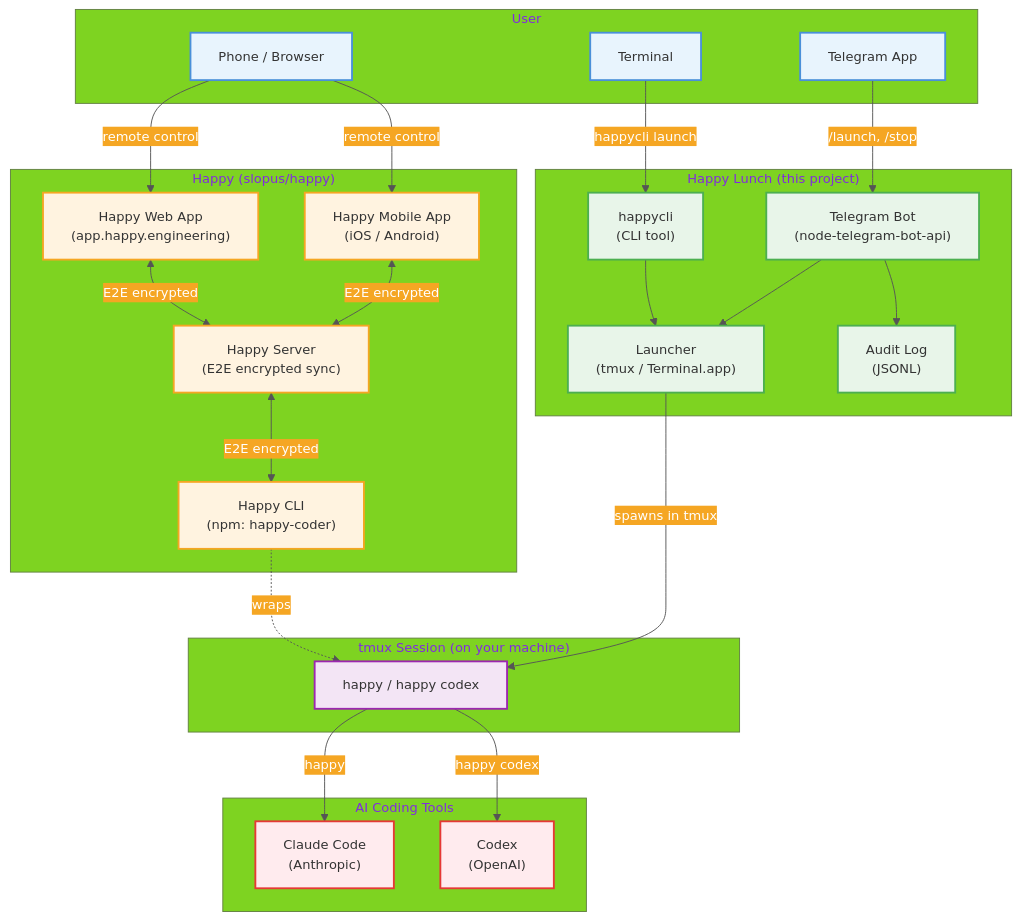
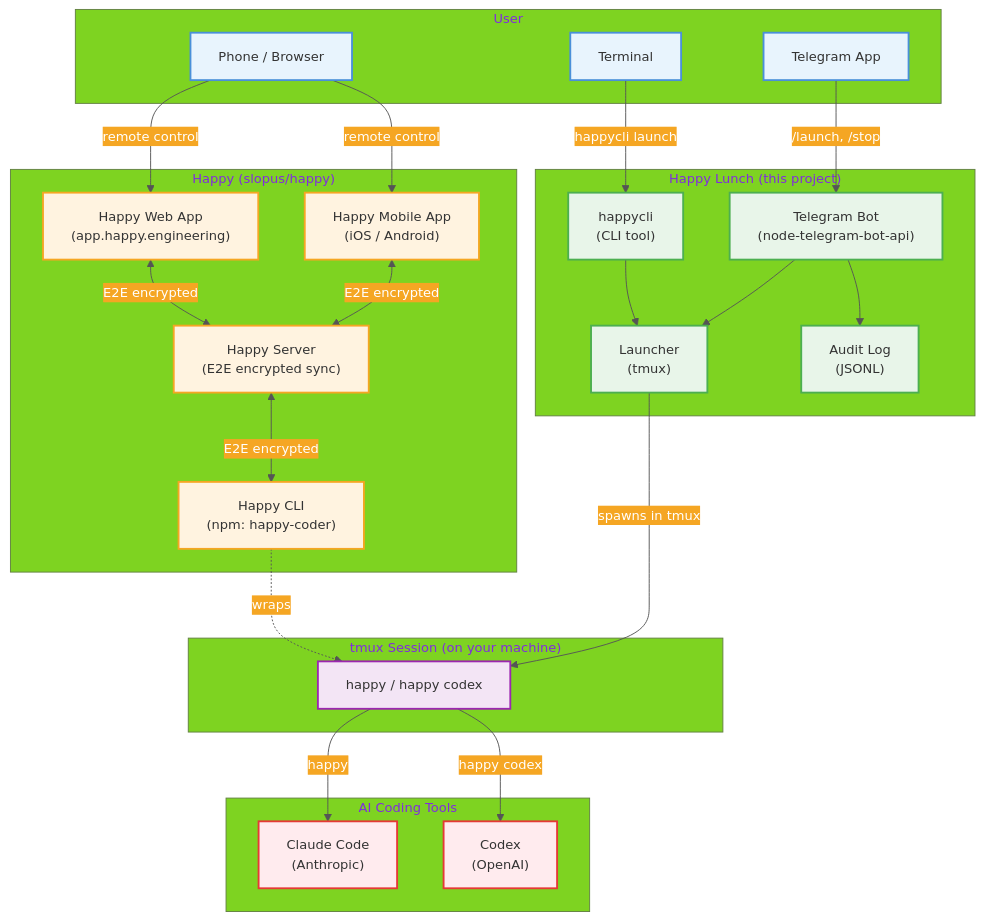
The diagram in assets/architecture.mmd (luongnv89/happy-lunch), drawn with Mermaid before and after one commit. The commit also changed 6 other files, not shown here.

First line of the commit message:
refactor: simplify launcher to always use tmux, add E2E tests

```diff
--- a/assets/architecture.mmd
+++ b/assets/architecture.mmd
@@ -1,70 +1,70 @@
 %%{init: {'theme': 'base', 'themeVariables': { 'primaryColor': '#4A90D9', 'primaryTextColor': '#fff', 'primaryBorderColor': '#2E6BA6', 'lineColor': '#555', 'secondaryColor': '#F5A623', 'tertiaryColor': '#7ED321', 'background': '#ffffff', 'fontSize': '14px'}}}%%
 
 graph TB
     subgraph USER["User"]
         PHONE["Phone / Browser"]
         TELEGRAM["Telegram App"]
         TERMINAL["Terminal"]
     end
 
     subgraph HAPPY_APP["Happy (slopus/happy)"]
         HAPPY_MOBILE["Happy Mobile App<br/>(iOS / Android)"]
         HAPPY_WEB["Happy Web App<br/>(app.happy.engineering)"]
         HAPPY_CLI["Happy CLI<br/>(npm: happy-coder)"]
         HAPPY_SERVER["Happy Server<br/>(E2E encrypted sync)"]
     end
 
     subgraph HAPPY_LUNCH["Happy Lunch (this project)"]
         BOT["Telegram Bot<br/>(node-telegram-bot-api)"]
         CLI["happycli<br/>(CLI tool)"]
-        LAUNCHER["Launcher<br/>(tmux / Terminal.app)"]
+        LAUNCHER["Launcher<br/>(tmux)"]
         AUDIT["Audit Log<br/>(JSONL)"]
     end
 
     subgraph SESSION["tmux Session (on your machine)"]
         HAPPY_PROC["happy / happy codex"]
     end
 
     subgraph AI_TOOLS["AI Coding Tools"]
         CLAUDE["Claude Code<br/>(Anthropic)"]
         CODEX["Codex<br/>(OpenAI)"]
     end
 
     %% User interactions
     PHONE -->|"remote control"| HAPPY_MOBILE
     PHONE -->|"remote control"| HAPPY_WEB
     TELEGRAM -->|"/launch, /stop"| BOT
     TERMINAL -->|"happycli launch"| CLI
 
     %% Happy app connections
     HAPPY_MOBILE <-->|"E2E encrypted"| HAPPY_SERVER
     HAPPY_WEB <-->|"E2E encrypted"| HAPPY_SERVER
     HAPPY_SERVER <-->|"E2E encrypted"| HAPPY_CLI
 
     %% Happy Lunch internals
     BOT --> LAUNCHER
     BOT --> AUDIT
     CLI --> LAUNCHER
 
     %% Launcher spawns happy process
     LAUNCHER -->|"spawns in tmux"| HAPPY_PROC
 
     %% Happy process wraps AI tools
     HAPPY_PROC -->|"happy"| CLAUDE
     HAPPY_PROC -->|"happy codex"| CODEX
 
     %% Happy CLI connects to session
     HAPPY_CLI -.->|"wraps"| HAPPY_PROC
 
     %% Styling
     classDef userNode fill:#E8F4FD,stroke:#4A90D9,stroke-width:2px,color:#333
     classDef happyAppNode fill:#FFF3E0,stroke:#F5A623,stroke-width:2px,color:#333
     classDef happyLunchNode fill:#E8F5E9,stroke:#4CAF50,stroke-width:2px,color:#333
     classDef sessionNode fill:#F3E5F5,stroke:#9C27B0,stroke-width:2px,color:#333
     classDef aiNode fill:#FFEBEE,stroke:#E53935,stroke-width:2px,color:#333
 
     class PHONE,TELEGRAM,TERMINAL userNode
     class HAPPY_MOBILE,HAPPY_WEB,HAPPY_CLI,HAPPY_SERVER happyAppNode
     class BOT,CLI,LAUNCHER,AUDIT happyLunchNode
     class HAPPY_PROC sessionNode
     class CLAUDE,CODEX aiNode
```
